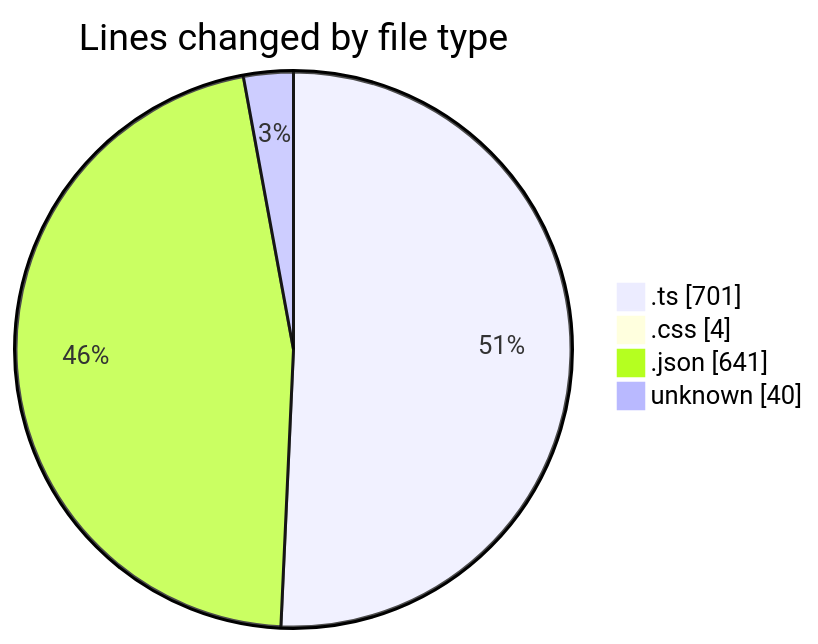
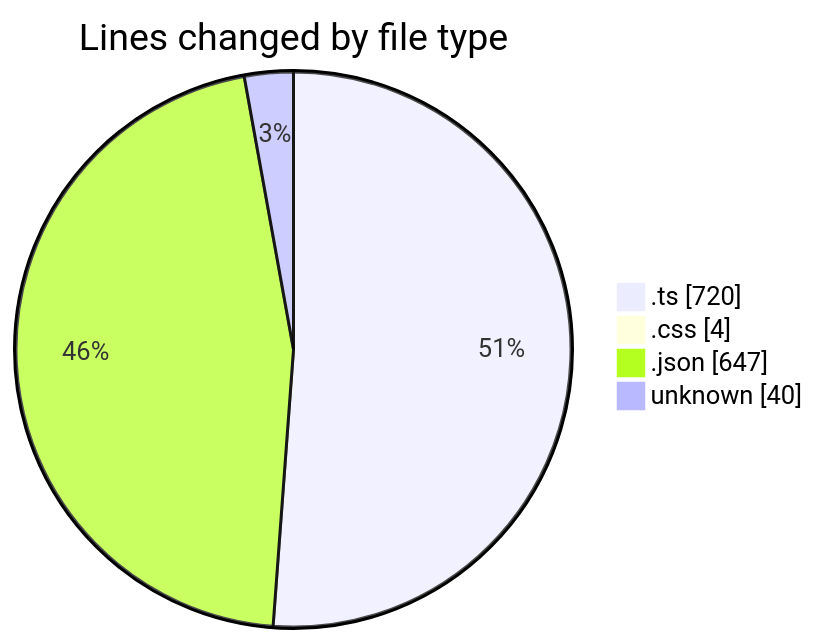
Before and after one commit to EIIisD/code-tracking: the first of 2 diagrams in 2025-07-13/tampermonkey/README.md, drawn with Mermaid. The commit also changed other lines of this file and 1 other file, not shown here.

````diff
--- a/2025-07-13/tampermonkey/README.md
+++ b/2025-07-13/tampermonkey/README.md
@@ -32,8 +32,8 @@
 ```mermaid
 pie showData
 title Lines changed by file type
-".ts" : 701
+".ts" : 720
 ".css" : 4
-".json" : 641
+".json" : 647
 "unknown" : 40
 ```
````
